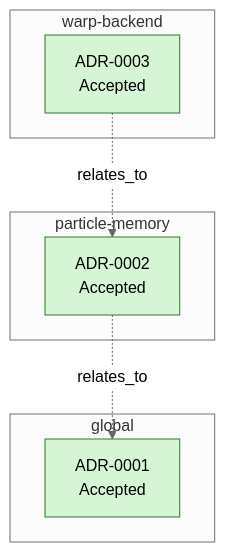
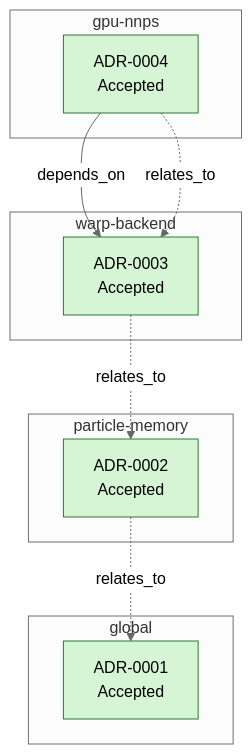
Before and after one commit to pypr/pysph: the diagram in .ai/implementations/blast-from-the-past/decisions/graph.md, drawn with Mermaid (neutral theme). The commit also changed 23 other files, not shown here.

````diff
--- a/.ai/implementations/blast-from-the-past/decisions/graph.md
+++ b/.ai/implementations/blast-from-the-past/decisions/graph.md
@@ -5,21 +5,27 @@
 ```mermaid
 flowchart TD
   subgraph global[global]
     ADR_0001["ADR-0001<br/>Accepted"]
+  end
+  subgraph gpu_nnps[gpu-nnps]
+    ADR_0004["ADR-0004<br/>Accepted"]
   end
   subgraph particle_memory[particle-memory]
     ADR_0002["ADR-0002<br/>Accepted"]
   end
   subgraph warp_backend[warp-backend]
     ADR_0003["ADR-0003<br/>Accepted"]
   end
   ADR_0002 -. relates_to .-> ADR_0001
   ADR_0003 -. relates_to .-> ADR_0002
+  ADR_0004 -- depends_on --> ADR_0003
+  ADR_0004 -. relates_to .-> ADR_0003
   classDef Accepted fill:#d5f5d5,stroke:#2c7a2c;
   classDef Proposed fill:#fff3bf,stroke:#9a7500;
   classDef Superseded fill:#e5e7eb,stroke:#6b7280;
   classDef Rejected fill:#ffd6d6,stroke:#b91c1c;
   class ADR_0001 Accepted;
   class ADR_0002 Accepted;
   class ADR_0003 Accepted;
+  class ADR_0004 Accepted;
 ```
````
